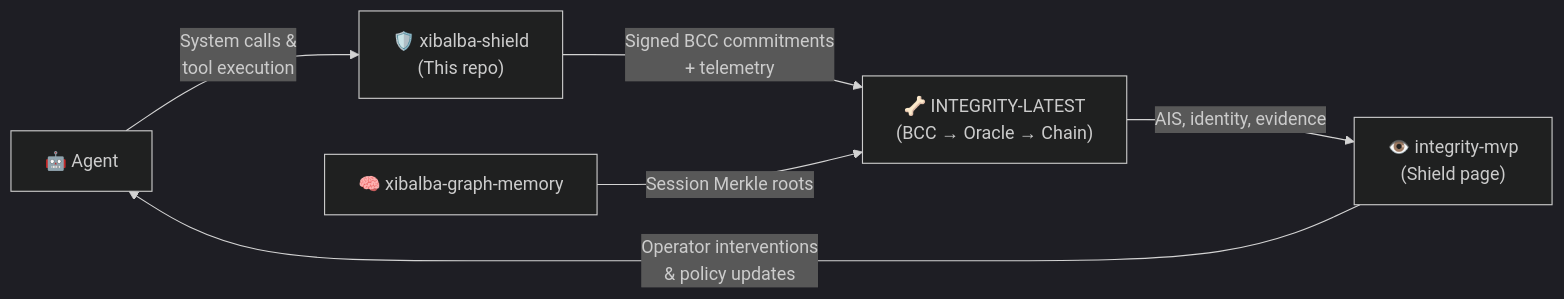
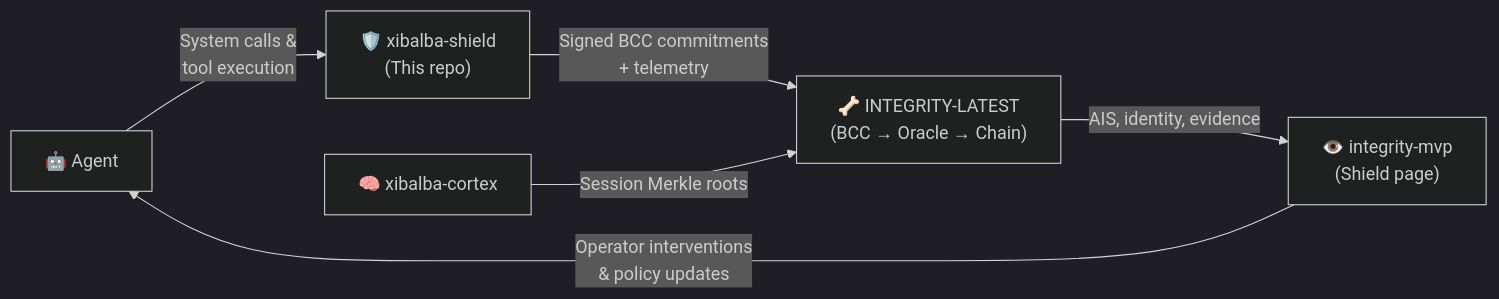
The diagram in README.md (XibalbaTechSol/xibalba-shield), drawn with Mermaid (dark theme) before and after one commit. The commit also changed other lines of this file and 1 other file, not shown here.

Commit message:
Update xibalba-graph-memory references to xibalba-cortex
Comment/doc-only references, no functional dependency here.

````diff
--- a/README.md
+++ b/README.md
@@ -25,8 +25,8 @@
 ```mermaid
 flowchart LR
     Agent["🤖 Agent"] -->|"System calls &<br/>tool execution"| Immune["🛡️ xibalba-shield<br/>(This repo)"]
     Immune -->|"Signed BCC commitments<br/>+ telemetry"| Backbone["🦴 INTEGRITY-LATEST<br/>(BCC → Oracle → Chain)"]
-    Brain["🧠 xibalba-graph-memory"] -->|"Session Merkle roots"| Backbone
+    Brain["🧠 xibalba-cortex"] -->|"Session Merkle roots"| Backbone
     Backbone -->|"AIS, identity, evidence"| Eyes["👁️ integrity-mvp<br/>(Shield page)"]
     Eyes -->|"Operator interventions<br/>& policy updates"| Agent
 ```
````
